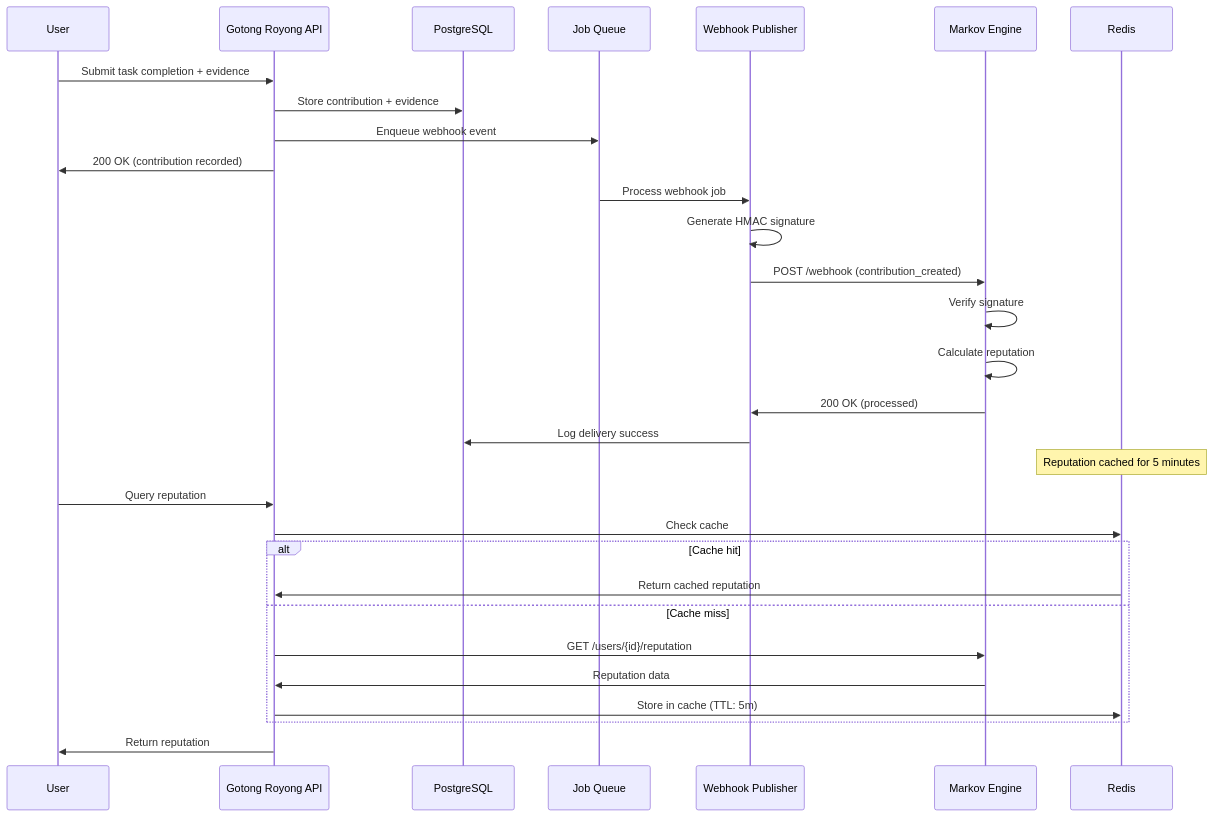
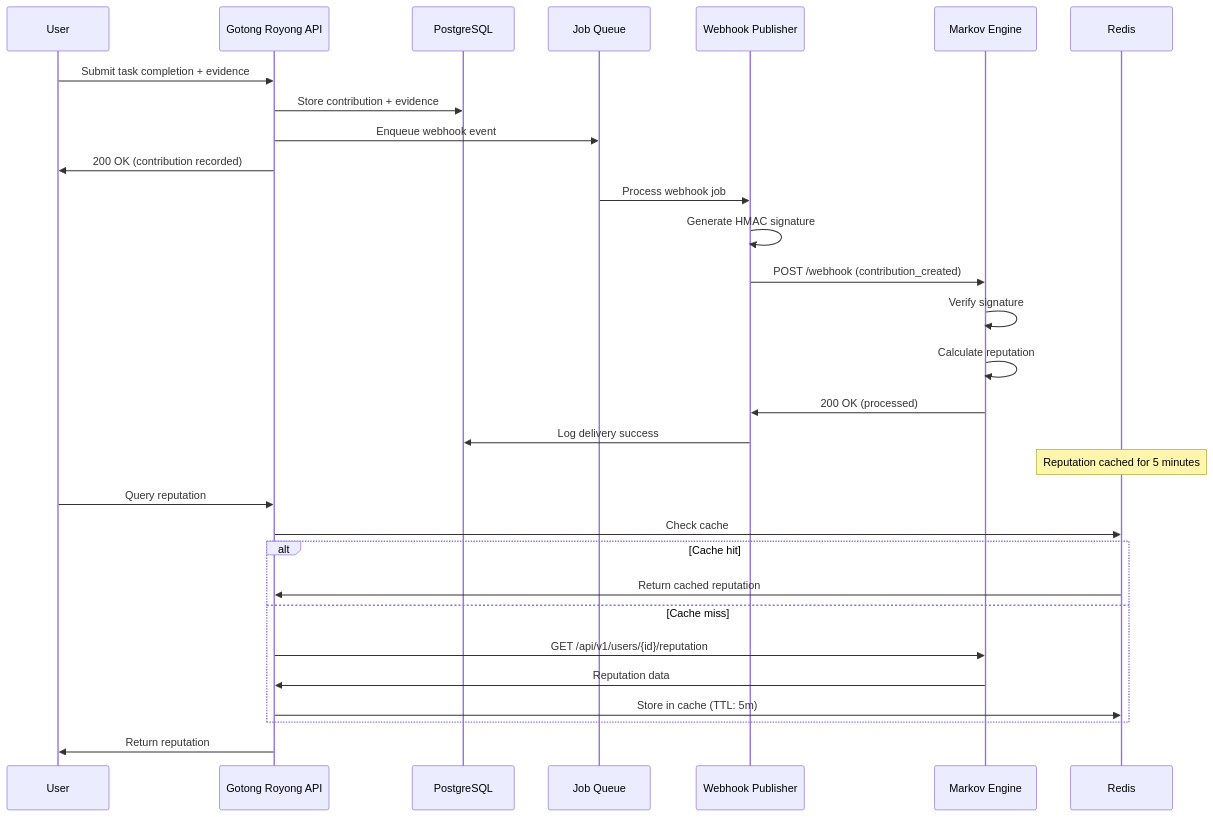
One commit to balungpisah/gotong-royong changed the diagram in docs/architecture/integration-architecture.md. Above: the diagram before and after it, drawn with Mermaid. The commit also changed other lines of this file and 2 other files, not shown here.

Commit message:
docs(architecture): clarify markov integration prerequisites and reputation endpoint

````diff
--- a/docs/architecture/integration-architecture.md
+++ b/docs/architecture/integration-architecture.md
@@ -24,36 +36,36 @@
 ```mermaid
 sequenceDiagram
     participant User
     participant GR as Gotong Royong API
     participant DB as PostgreSQL
     participant Queue as Job Queue
     participant Webhook as Webhook Publisher
     participant Markov as Markov Engine
     participant Cache as Redis
 
     User->>GR: Submit task completion + evidence
     GR->>DB: Store contribution + evidence
     GR->>Queue: Enqueue webhook event
     GR->>User: 200 OK (contribution recorded)
 
     Queue->>Webhook: Process webhook job
     Webhook->>Webhook: Generate HMAC signature
     Webhook->>Markov: POST /webhook (contribution_created)
     Markov->>Markov: Verify signature
     Markov->>Markov: Calculate reputation
     Markov->>Webhook: 200 OK (processed)
     Webhook->>DB: Log delivery success
 
     Note over Cache: Reputation cached for 5 minutes
 
     User->>GR: Query reputation
     GR->>Cache: Check cache
     alt Cache hit
         Cache->>GR: Return cached reputation
     else Cache miss
-        GR->>Markov: GET /users/{id}/reputation
+        GR->>Markov: GET /api/v1/users/{id}/reputation
         Markov->>GR: Reputation data
         GR->>Cache: Store in cache (TTL: 5m)
     end
     GR->>User: Return reputation
 ```
````
